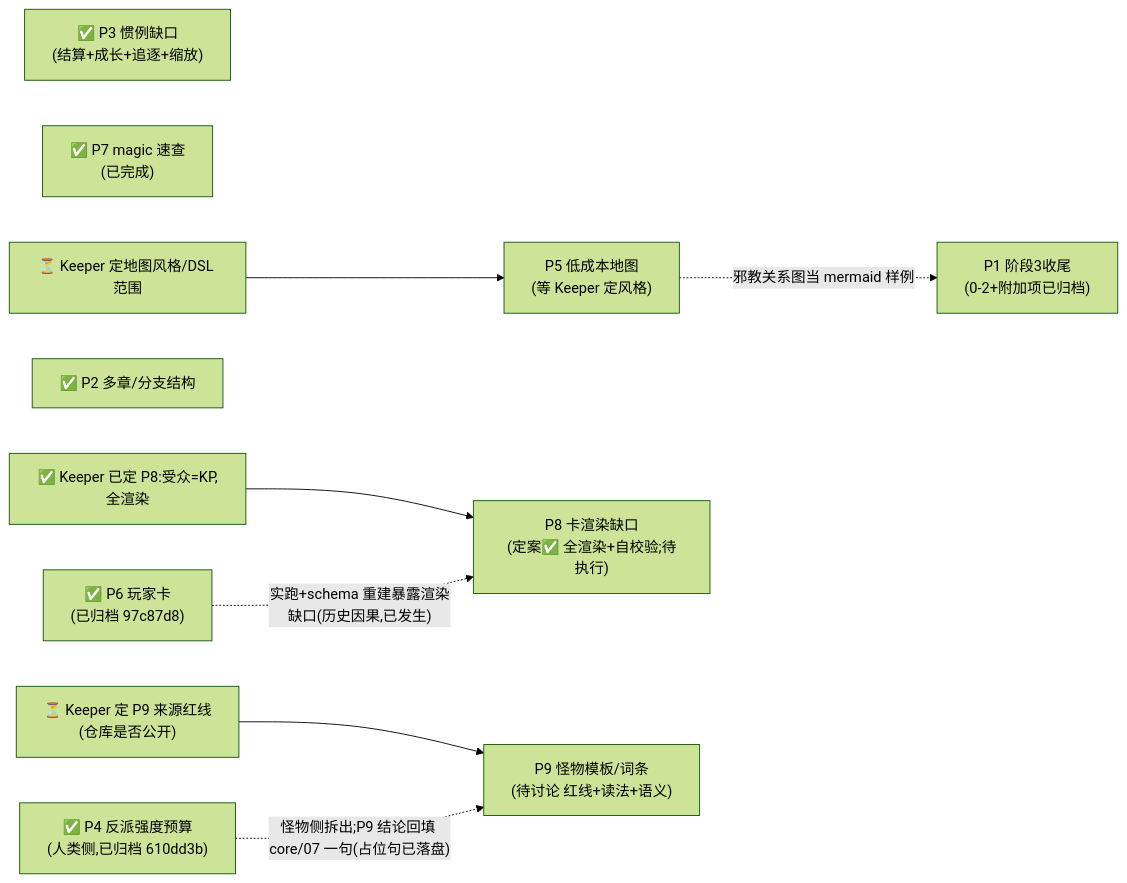
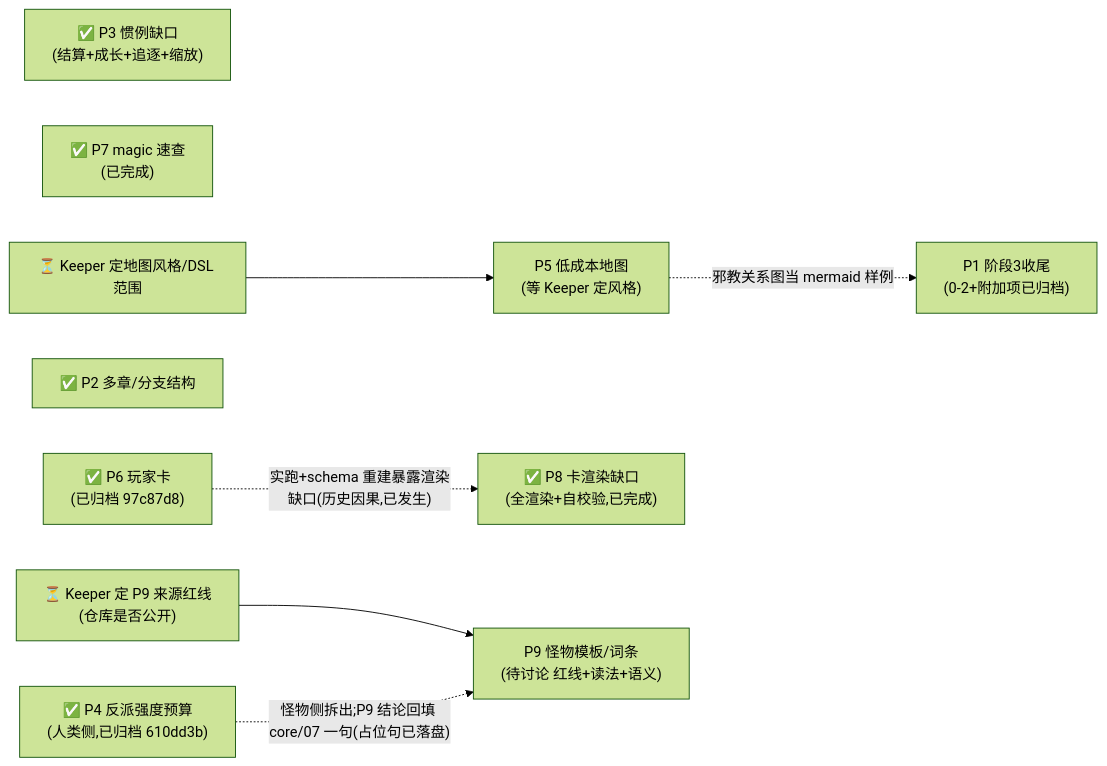
One commit to Mzihong/coc-keeper-kit changed the diagram in update_plan/README.md. Above: the diagram before and after it, drawn with Mermaid (forest theme). The commit also changed other lines of this file and 23 other files, not shown here.

````diff
--- a/update_plan/README.md
+++ b/update_plan/README.md
@@ -29,24 +29,22 @@
 ```mermaid
 graph LR
     P3["✅ P3 惯例缺口<br/>(结算+成长+追逐+缩放)"]
     P7["✅ P7 magic 速查<br/>(已完成)"]
     P5["P5 低成本地图<br/>(等 Keeper 定风格)"]
     P6["✅ P6 玩家卡<br/>(已归档 97c87d8)"]
     P1a["P1 阶段3收尾<br/>(0-2+附加项已归档)"]
     P2["✅ P2 多章/分支结构"]
     P4["✅ P4 反派强度预算<br/>(人类侧,已归档 610dd3b)"]
-    P8["P8 卡渲染缺口<br/>(定案✅ 全渲染+自校验;待执行)"]
+    P8["✅ P8 卡渲染缺口<br/>(全渲染+自校验,已完成)"]
     P9["P9 怪物模板/词条<br/>(待讨论 红线+读法+语义)"]
     KeeperMap["⏳ Keeper 定地图风格/DSL 范围"]
-    KeeperView["✅ Keeper 已定 P8:受众=KP,全渲染"]
     KeeperRed["⏳ Keeper 定 P9 来源红线<br/>(仓库是否公开)"]
 
     KeeperMap --> P5
-    KeeperView --> P8
     KeeperRed --> P9
     P4 -.怪物侧拆出;P9 结论回填 core/07 一句(占位句已落盘).-> P9
     P6 -.实跑+schema 重建暴露渲染缺口(历史因果,已发生).-> P8
     P5 -.邪教关系图当 mermaid 样例.-> P1a
     P2
     P3
 ```
````
